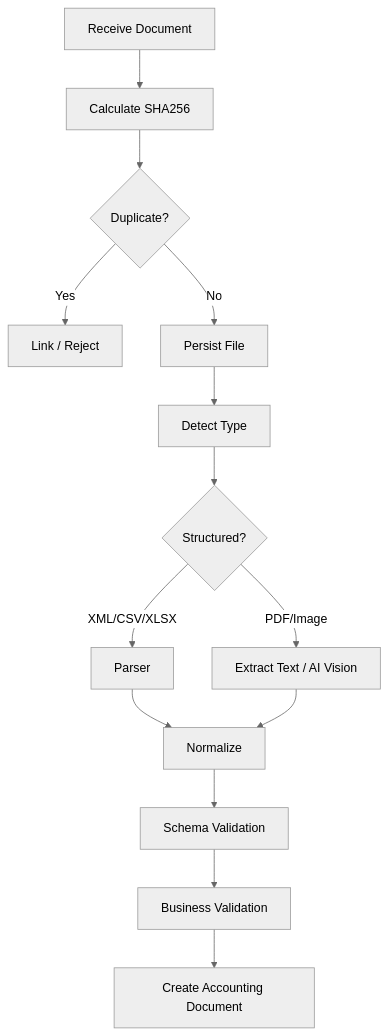
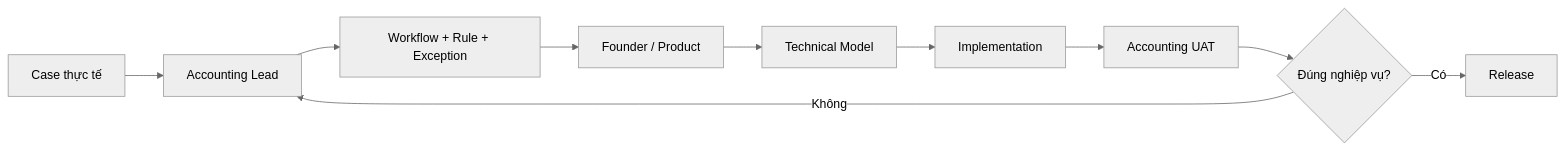
Before and after one commit to huynv81/tomtax: the first of 22 diagrams in tdd.md, drawn with Mermaid (neutral theme). The commit also changed other lines of this file, not shown here.

````diff
--- a/tdd.md
+++ b/tdd.md
@@ -527,16 +63,12 @@
 ```mermaid
-flowchart TD
-    A[Receive Document] --> B[Calculate SHA256]
-    B --> C{Duplicate?}
-    C -->|Yes| D[Link / Reject]
-    C -->|No| E[Persist File]
-    E --> F[Detect Type]
-    F --> G{Structured?}
-    G -->|XML/CSV/XLSX| H[Parser]
-    G -->|PDF/Image| I[Extract Text / AI Vision]
-    H --> J[Normalize]
-    I --> J
-    J --> K[Schema Validation]
-    K --> L[Business Validation]
-    L --> M[Create Accounting Document]
+flowchart LR
+    A[Case thực tế] --> B[Accounting Lead]
+    B --> C[Workflow + Rule + Exception]
+    C --> D[Founder / Product]
+    D --> E[Technical Model]
+    E --> F[Implementation]
+    F --> G[Accounting UAT]
+    G --> H{Đúng nghiệp vụ?}
+    H -->|Không| B
+    H -->|Có| I[Release]
 ```
````
